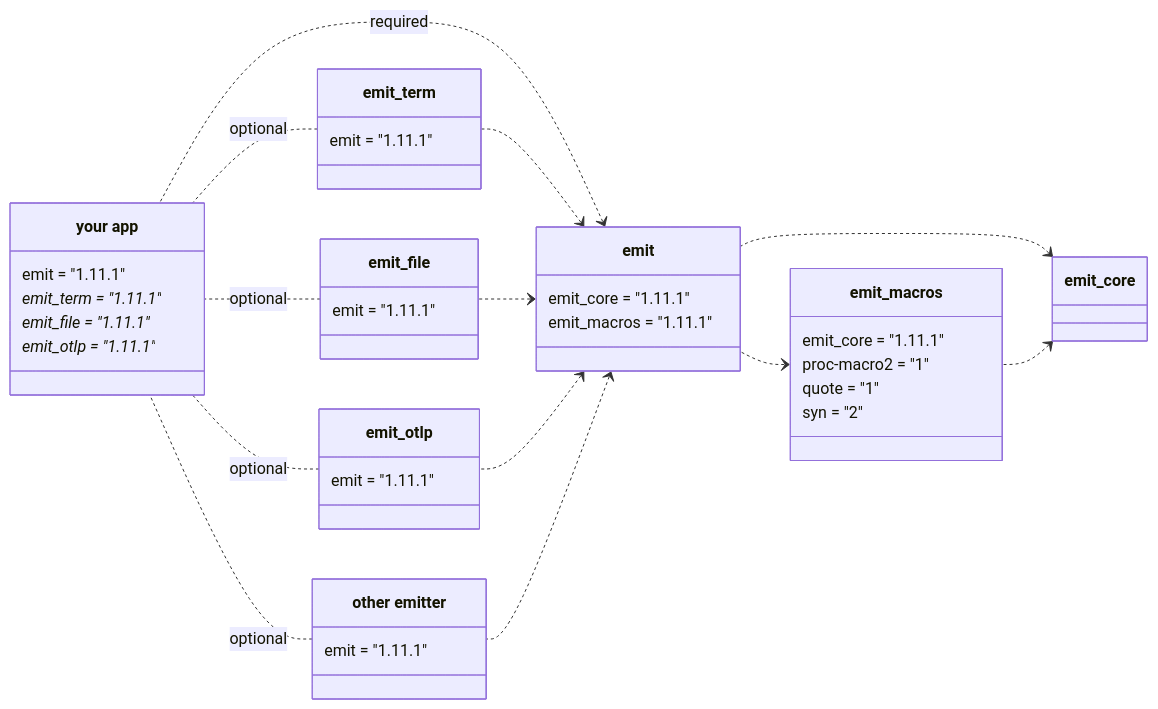
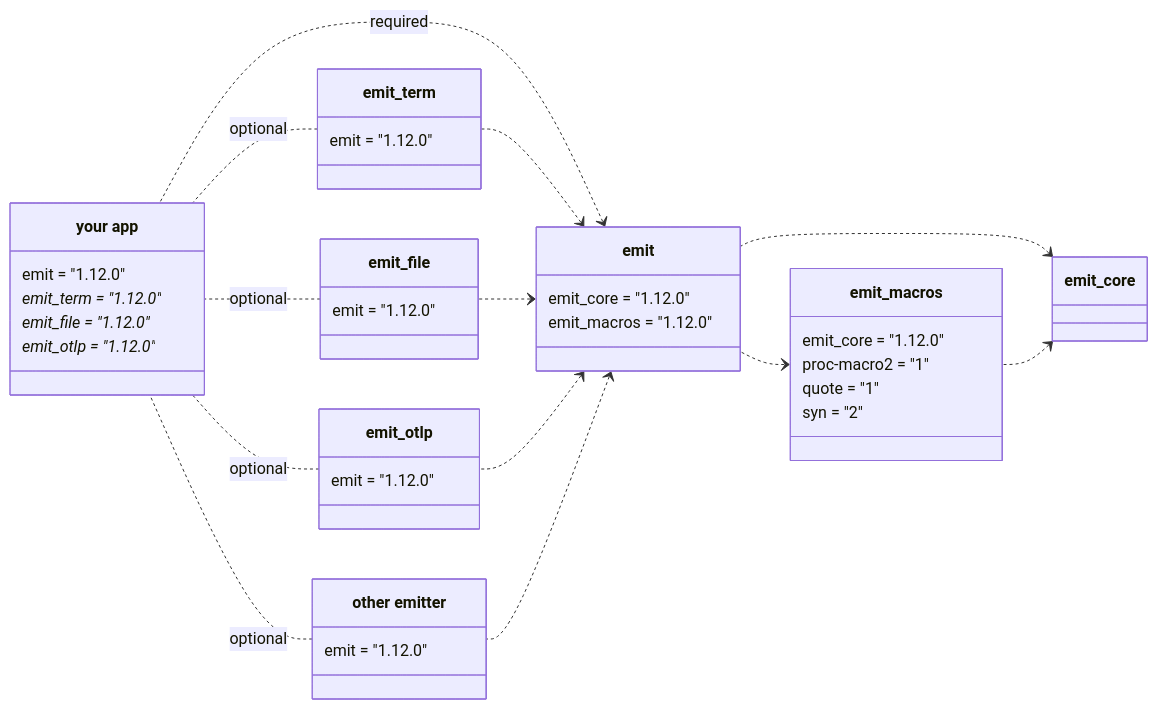
The first of 5 diagrams in book/src/reference/architecture.md (emit-rs/emit), drawn with Mermaid before and after one commit. The commit also changed other lines of this file and 62 other files, not shown here.

````diff
--- a/book/src/reference/architecture.md
+++ b/book/src/reference/architecture.md
@@ -9,62 +9,62 @@
 ```mermaid
 classDiagram
     direction RL
     
     emit_core <.. emit_macros
     emit_core <.. emit
     emit_macros <.. emit
 
     class emit_macros {
-        emit_core = "1.11.1"
+        emit_core = "1.12.0"
         proc-macro2 = "1"
         quote = "1"
         syn = "2"
     }
 
     emit <.. emit_term
     emit <.. emit_file
     emit <.. emit_otlp
     emit <.. emit_custom
 
     emit <.. app : required
 
     class emit {
-        emit_core = "1.11.1"
-        emit_macros = "1.11.1"
+        emit_core = "1.12.0"
+        emit_macros = "1.12.0"
     }
 
     emit_term .. app : optional
     emit_file .. app : optional
     emit_otlp .. app : optional
     emit_custom .. app : optional
 
     class emit_term {
-        emit = "1.11.1"
+        emit = "1.12.0"
     }
 
     class emit_file {
-        emit = "1.11.1"
+        emit = "1.12.0"
     }
 
     class emit_otlp {
-        emit = "1.11.1"
+        emit = "1.12.0"
     }
 
     class emit_custom["other emitter"] {
-        emit = "1.11.1"
+        emit = "1.12.0"
     }
 
     class app["your app"] {
-        emit = "1.11.1"
-        emit_term = "1.11.1"*
-        emit_file = "1.11.1"*
-        emit_otlp = "1.11.1"*
+        emit = "1.12.0"
+        emit_term = "1.12.0"*
+        emit_file = "1.12.0"*
+        emit_otlp = "1.12.0"*
     }
 
-    click emit_core href "https://docs.rs/emit_core/1.11.1/emit_core/index.html"
-    click emit_macros href "https://docs.rs/emit_macros/1.11.1/emit_macros/index.html"
-    click emit href "https://docs.rs/emit/1.11.1/emit/index.html"
-    click emit_term href "https://docs.rs/emit_term/1.11.1/emit_term/index.html"
-    click emit_file href "https://docs.rs/emit_file/1.11.1/emit_file/index.html"
-    click emit_otlp href "https://docs.rs/emit_otlp/1.11.1/emit_otlp/index.html"
+    click emit_core href "https://docs.rs/emit_core/1.12.0/emit_core/index.html"
+    click emit_macros href "https://docs.rs/emit_macros/1.12.0/emit_macros/index.html"
+    click emit href "https://docs.rs/emit/1.12.0/emit/index.html"
+    click emit_term href "https://docs.rs/emit_term/1.12.0/emit_term/index.html"
+    click emit_file href "https://docs.rs/emit_file/1.12.0/emit_file/index.html"
+    click emit_otlp href "https://docs.rs/emit_otlp/1.12.0/emit_otlp/index.html"
 ```
````
